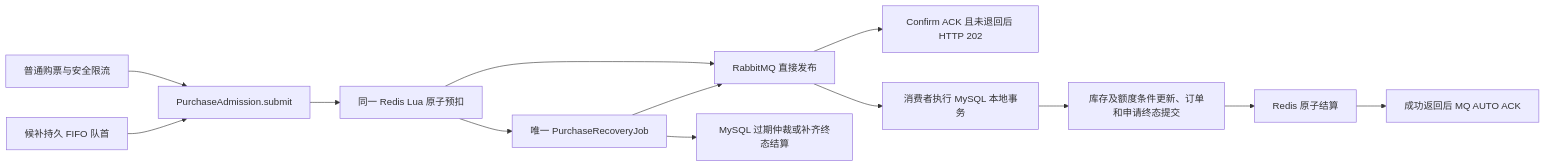
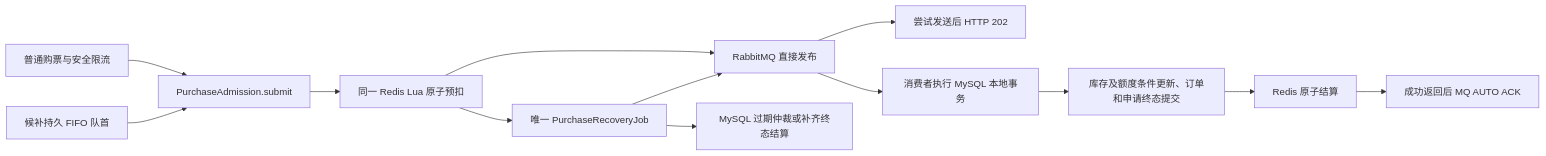
Before and after one commit to WGMJJM/ticketing: the diagram in docs/01-architecture.md, drawn with Mermaid. The commit also changed other lines of this file and 6 other files, not shown here.

````diff
--- a/docs/01-architecture.md
+++ b/docs/01-architecture.md
@@ -13,15 +13,15 @@
 ```mermaid
 flowchart LR
     H[普通购票与安全限流] --> P[PurchaseAdmission.submit]
     W[候补持久 FIFO 队首] --> P
     P --> R[同一 Redis Lua 原子预扣]
     R --> Q[RabbitMQ 直接发布]
-    Q --> A[Confirm ACK 且未退回后 HTTP 202]
+    Q --> A[尝试发送后 HTTP 202]
     Q --> C[消费者执行 MySQL 本地事务]
     C --> O[库存及额度条件更新、订单和申请终态提交]
     O --> S[Redis 原子结算]
     S --> K[成功返回后 MQ AUTO ACK]
     R --> J[唯一 PurchaseRecoveryJob]
     J --> Q
     J --> E[MySQL 过期仲裁或补齐终态结算]
 ```
````
